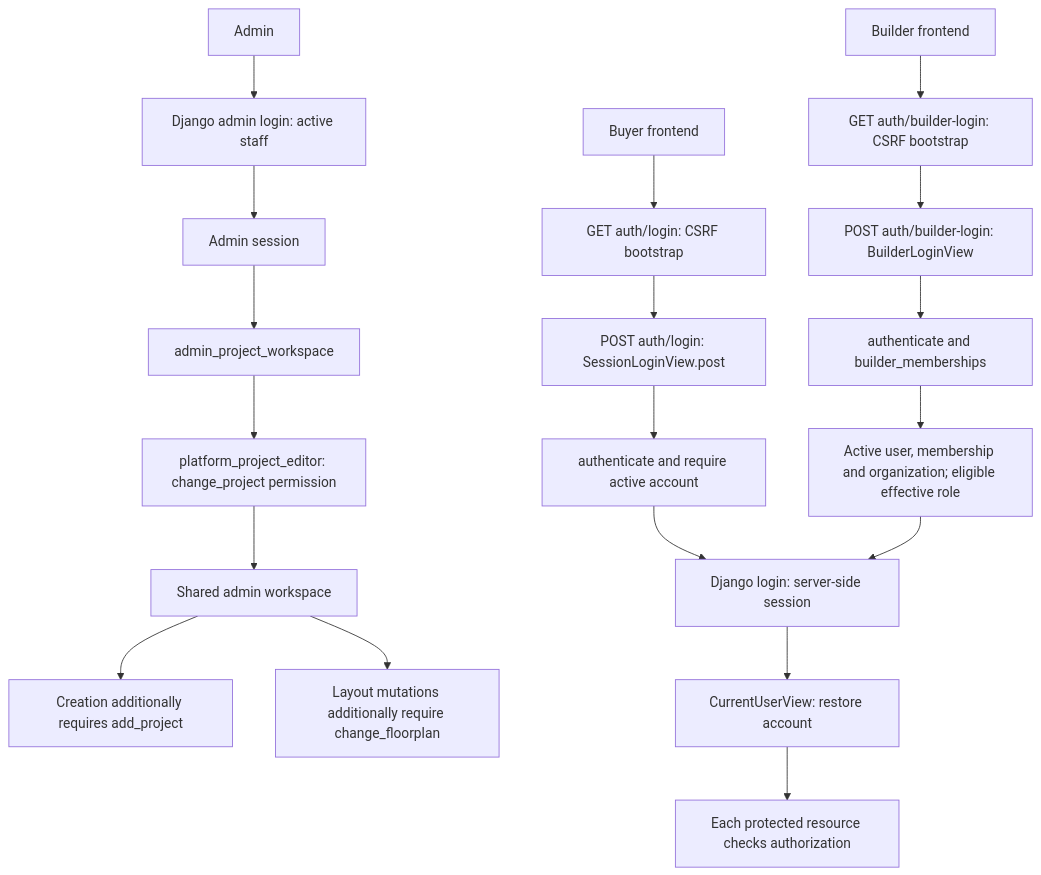
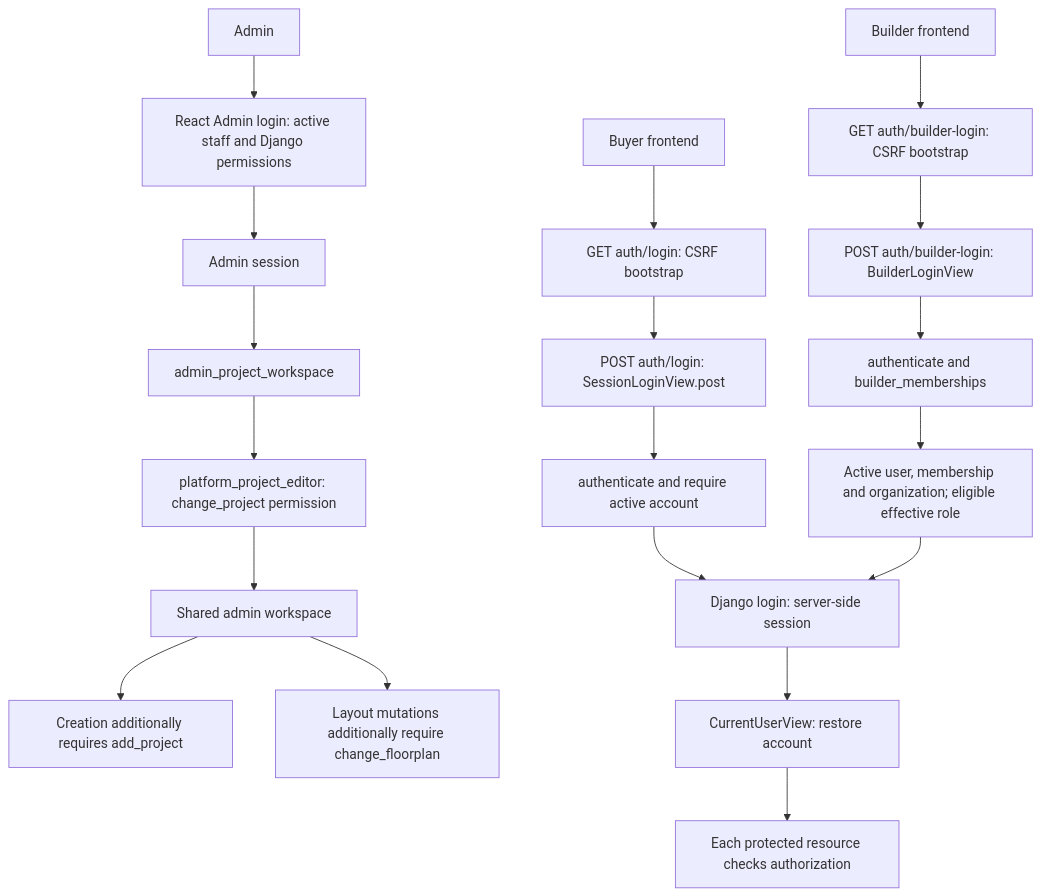
The first of 12 diagrams in docs/current-project-flows.md (Techtesh/reAIlEstate), drawn with Mermaid before and after one commit. The commit also changed other lines of this file and 39 other files, not shown here.

````diff
--- a/docs/current-project-flows.md
+++ b/docs/current-project-flows.md
@@ -7,21 +11,21 @@
 ```mermaid
 flowchart TD
     B[Buyer frontend] --> BG[GET auth/login: CSRF bootstrap]
     BG --> BP[POST auth/login: SessionLoginView.post]
     BP --> BA[authenticate and require active account]
     BA --> SESSION[Django login: server-side session]
     D[Builder frontend] --> DG[GET auth/builder-login: CSRF bootstrap]
     DG --> DP[POST auth/builder-login: BuilderLoginView]
     DP --> DA[authenticate and builder_memberships]
     DA --> DR[Active user, membership and organization; eligible effective role]
     DR --> SESSION
-    A[Admin] --> AL[Django admin login: active staff]
+    A[Admin] --> AL[React Admin login: active staff and Django permissions]
     AL --> AS[Admin session]
     AS --> AW[admin_project_workspace]
     AW --> PERM[platform_project_editor: change_project permission]
     PERM --> AP[Shared admin workspace]
     AP --> ADD[Creation additionally requires add_project]
     AP --> EDIT[Layout mutations additionally require change_floorplan]
     SESSION --> ME[CurrentUserView: restore account]
     ME --> AUTH[Each protected resource checks authorization]
 ```
````
